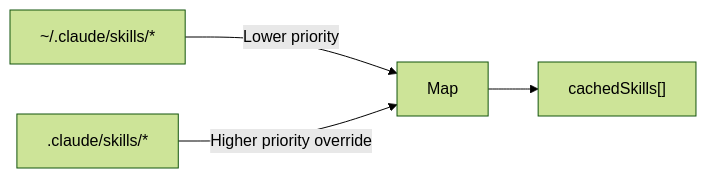
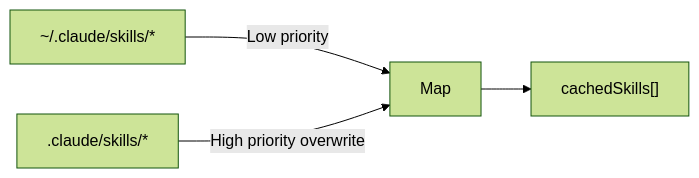
The second of 3 diagrams in en/docs/09-skills.md (joinmouse/claude-code-mini), drawn with Mermaid (forest theme) before and after one commit. The commit also changed other lines of this file and 30 other files, not shown here.

````diff
--- a/en/docs/09-skills.md
+++ b/en/docs/09-skills.md
@@ -69,6 +49,6 @@
 ```mermaid
 flowchart LR
-    U["~/.claude/skills/*"] -->|Lower priority| Map["Map<name, Skill>"]
-    P[".claude/skills/*"] -->|Higher priority override| Map
+    U["~/.claude/skills/*"] -->|Low priority| Map["Map<name, Skill>"]
+    P[".claude/skills/*"] -->|High priority overwrite| Map
     Map --> Cache["cachedSkills[]"]
 ```
````
